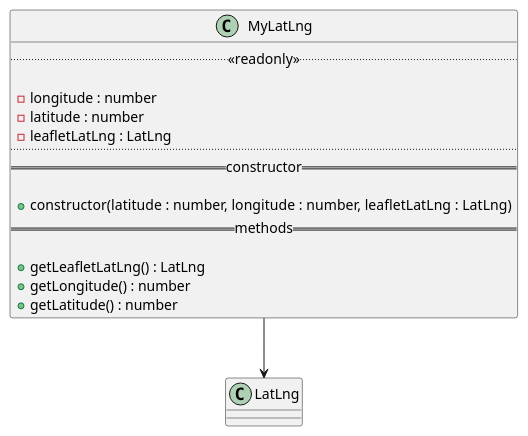
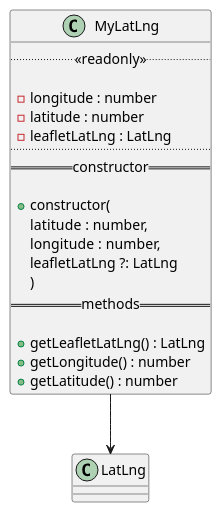
Before and after one commit to GruppOne/stalker-web-app: the diagram in docs/diagrams/classes/Place/MyLatLng.pu, drawn with PlantUML. The commit also changed 16 other files, not shown here.

```diff
--- a/docs/diagrams/classes/Place/MyLatLng.pu
+++ b/docs/diagrams/classes/Place/MyLatLng.pu
@@ -1,20 +1,24 @@
 @startuml MyLatLng Diagram
 class MyLatLng {
   ..<<readonly>>..
 
   - longitude : number
   - latitude : number
   - leafletLatLng : LatLng
   ....
   ==constructor==
 
-  + constructor(latitude : number, longitude : number, leafletLatLng : LatLng)
+  + constructor(
+    latitude : number,
+    longitude : number,
+    leafletLatLng ?: LatLng
+    )
   ==methods==
 
   + getLeafletLatLng() : LatLng
   + getLongitude() : number
   + getLatitude() : number
 }
 
 MyLatLng --> LatLng
 @enduml
```
